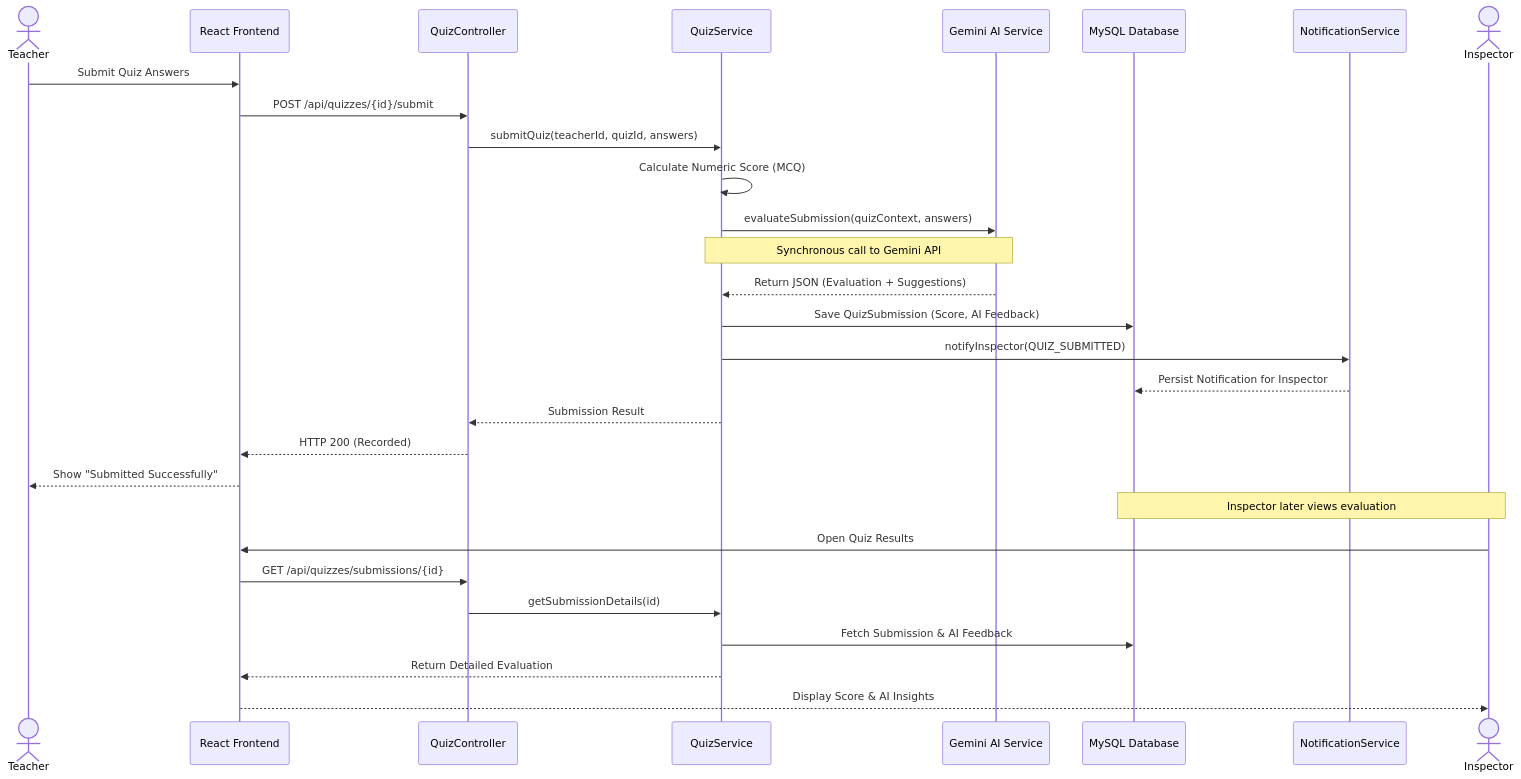
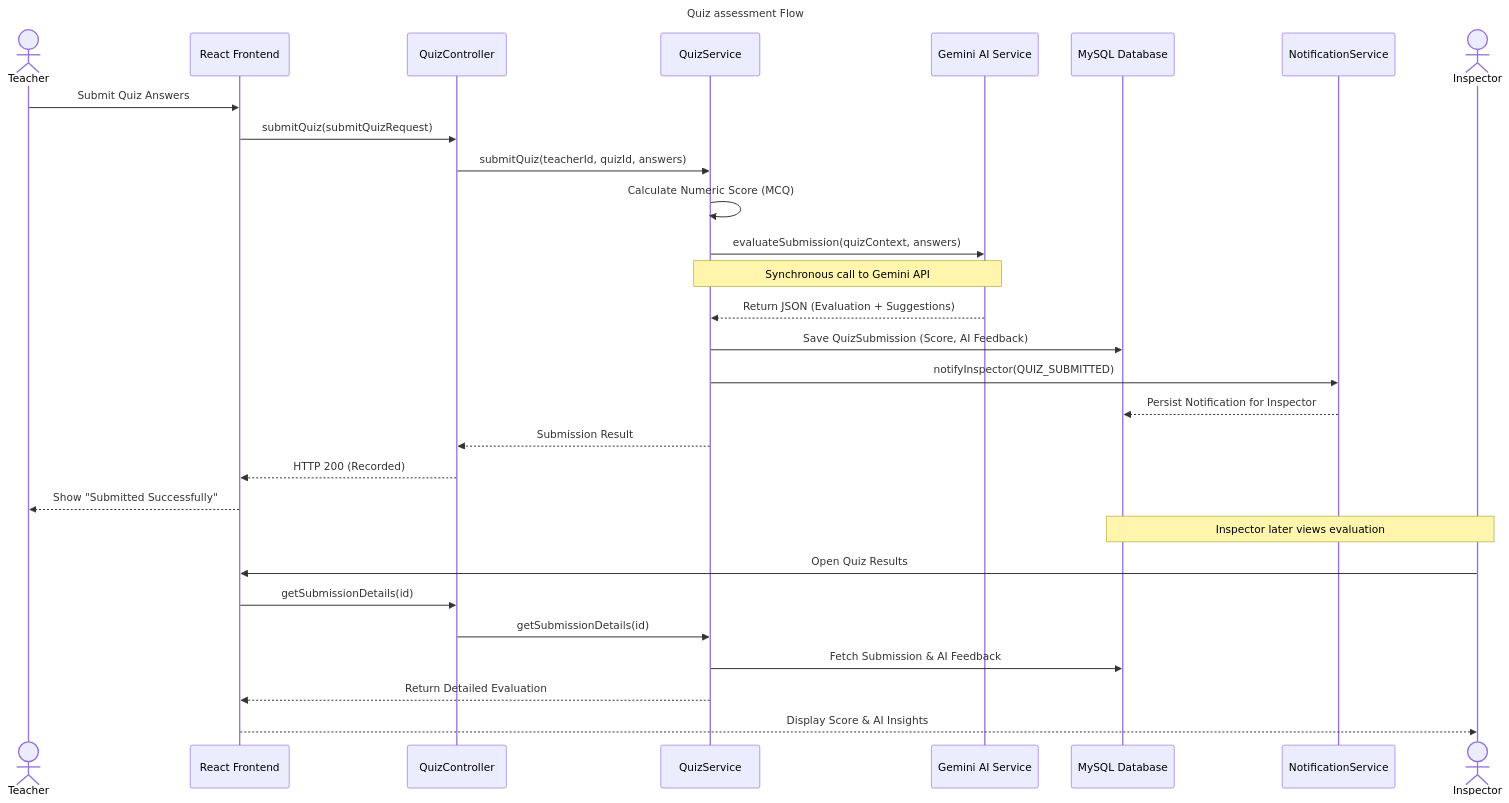
One commit to chbichibsofiene/inspector changed the second of 6 diagrams in uml_diagrams/sprint_3_sequences.md. Above: the diagram before and after it, drawn with Mermaid. The commit also changed other lines of this file and 41 other files, not shown here.

Commit message:
feat: Sprint 4 - Communication & Analytics | updated UML diagrams, class diagrams (StarUML), Messenger service fixes, Docker configs, and documentation

````diff
--- a/uml_diagrams/sprint_3_sequences.md
+++ b/uml_diagrams/sprint_3_sequences.md
@@ -56,36 +56,37 @@
 ```mermaid
 sequenceDiagram
+title Quiz assessment Flow
     actor TCH as Teacher
     participant FE as React Frontend
     participant QC as QuizController
     participant QS as QuizService
     participant AI as Gemini AI Service
     participant DB as MySQL Database
     participant NT as NotificationService
     actor INS as Inspector
 
     TCH->>FE: Submit Quiz Answers
-    FE->>QC: POST /api/quizzes/{id}/submit
+    FE->>QC: submitQuiz(submitQuizRequest)
     QC->>QS: submitQuiz(teacherId, quizId, answers)
     
     QS->>QS: Calculate Numeric Score (MCQ)
     QS->>AI: evaluateSubmission(quizContext, answers)
     Note over QS,AI: Synchronous call to Gemini API
     AI-->>QS: Return JSON (Evaluation + Suggestions)
     
     QS->>DB: Save QuizSubmission (Score, AI Feedback)
     QS->>NT: notifyInspector(QUIZ_SUBMITTED)
     NT-->>DB: Persist Notification for Inspector
     
     QS-->>QC: Submission Result
     QC-->>FE: HTTP 200 (Recorded)
     FE-->>TCH: Show "Submitted Successfully"
     
     Note over INS,DB: Inspector later views evaluation
     INS->>FE: Open Quiz Results
-    FE->>QC: GET /api/quizzes/submissions/{id}
+    FE->>QC: getSubmissionDetails(id)
     QC->>QS: getSubmissionDetails(id)
     QS->>DB: Fetch Submission & AI Feedback
     QS-->>FE: Return Detailed Evaluation
     FE-->>INS: Display Score & AI Insights
 ```
````
